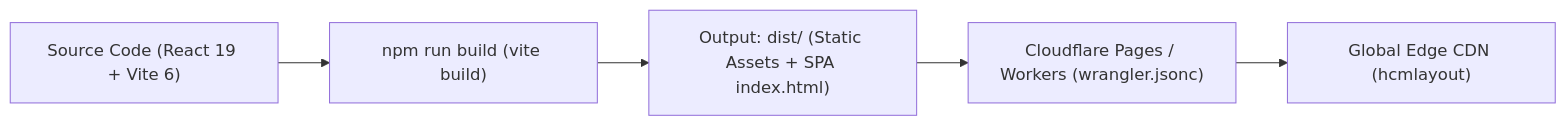
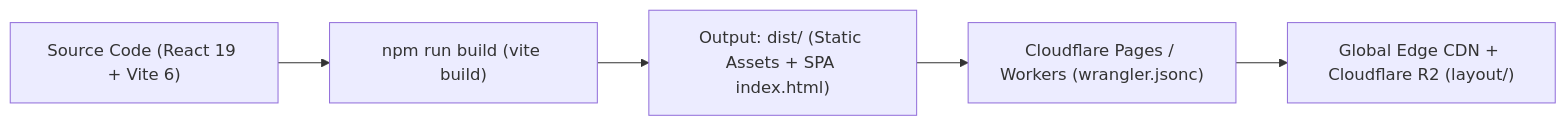
One commit to namhung07164/HCM-layout changed the diagram in ARCHITECTURE.md. Above: the diagram before and after it, drawn with Mermaid. The commit also changed other lines of this file and 11 other files, not shown here.

````diff
--- a/ARCHITECTURE.md
+++ b/ARCHITECTURE.md
@@ -84,7 +64,7 @@
 ```mermaid
 flowchart LR
     A["Source Code (React 19 + Vite 6)"] --> B["npm run build (vite build)"]
     B --> C["Output: dist/ (Static Assets + SPA index.html)"]
     C --> D["Cloudflare Pages / Workers (wrangler.jsonc)"]
-    D --> E["Global Edge CDN (hcmlayout)"]
+    D --> E["Global Edge CDN + Cloudflare R2 (layout/)"]
 ```
````
